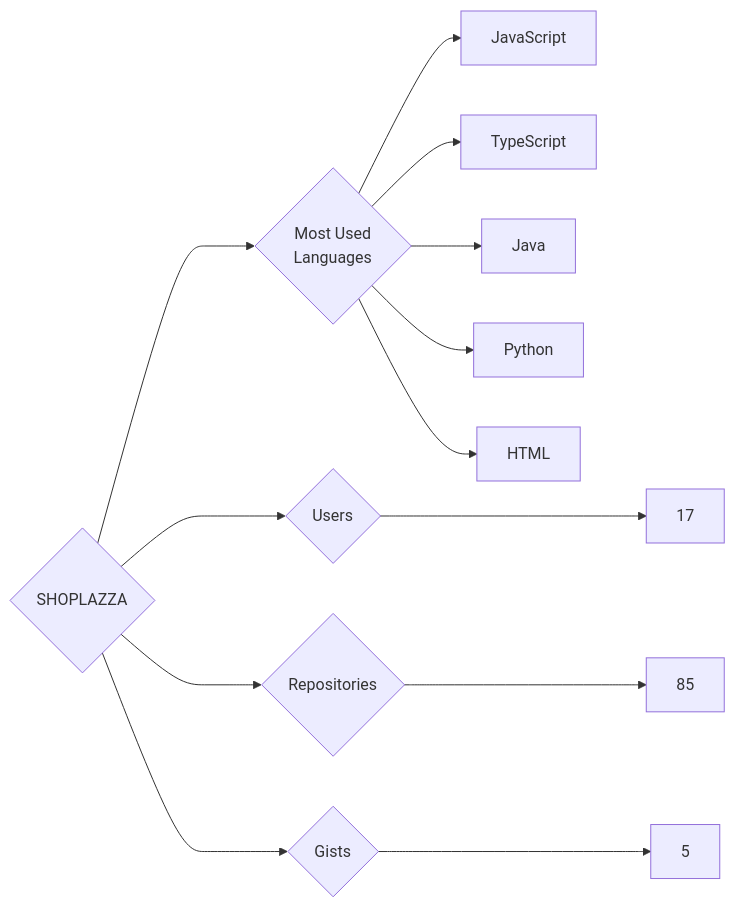
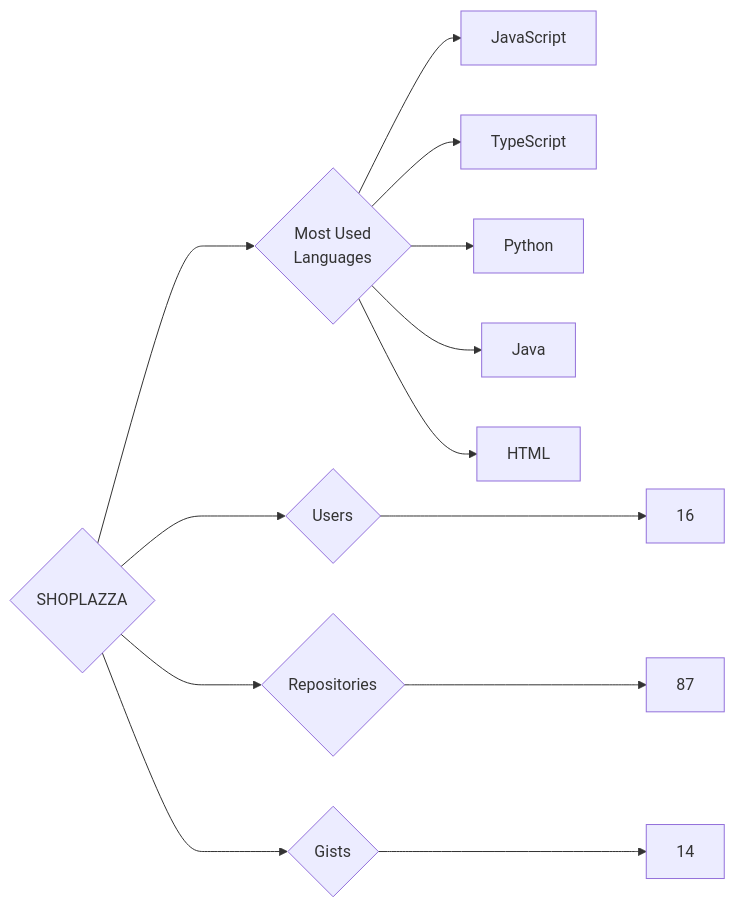
One commit to trickest/insiders changed the diagram in targets/SHOPLAZZA/README.md. Above: the diagram before and after it, drawn with Mermaid. The commit also changed 1508 other files, not shown here.

````diff
--- a/targets/SHOPLAZZA/README.md
+++ b/targets/SHOPLAZZA/README.md
@@ -3,13 +3,13 @@
 ```mermaid
 graph LR
 COMPANY_NAME{SHOPLAZZA}
-COMPANY_NAME ---> U{Users} ---> UN[17]
-COMPANY_NAME ---> R{Repositories} ---> RN[85]
-COMPANY_NAME ---> G{Gists} ---> GN[5]
+COMPANY_NAME ---> U{Users} ---> UN[16]
+COMPANY_NAME ---> R{Repositories} ---> RN[87]
+COMPANY_NAME ---> G{Gists} ---> GN[14]
 COMPANY_NAME ---> ML{Most Used<br>Languages}
 ML --> JavaScript[JavaScript]
 ML --> TypeScript[TypeScript]
+ML --> Python[Python]
 ML --> Java[Java]
-ML --> Python[Python]
 ML --> HTML[HTML]
 ```
````
